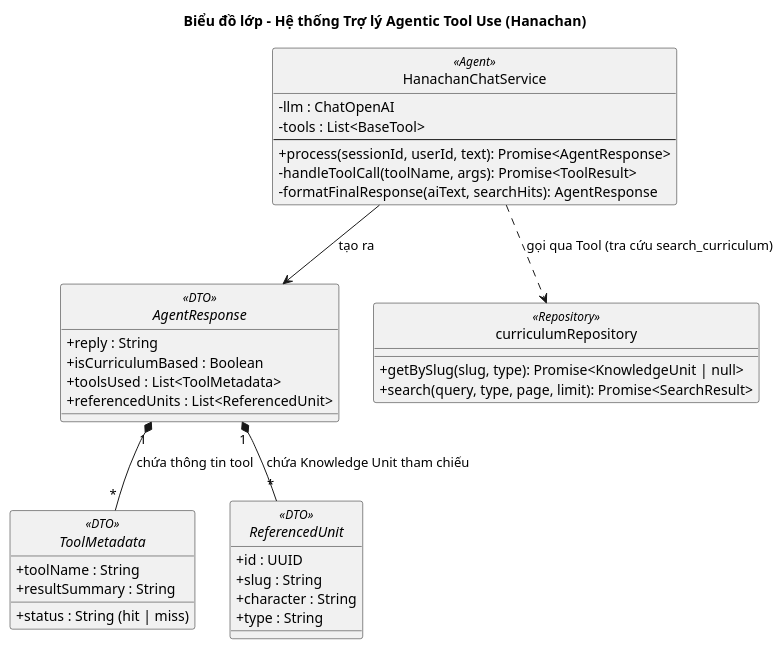
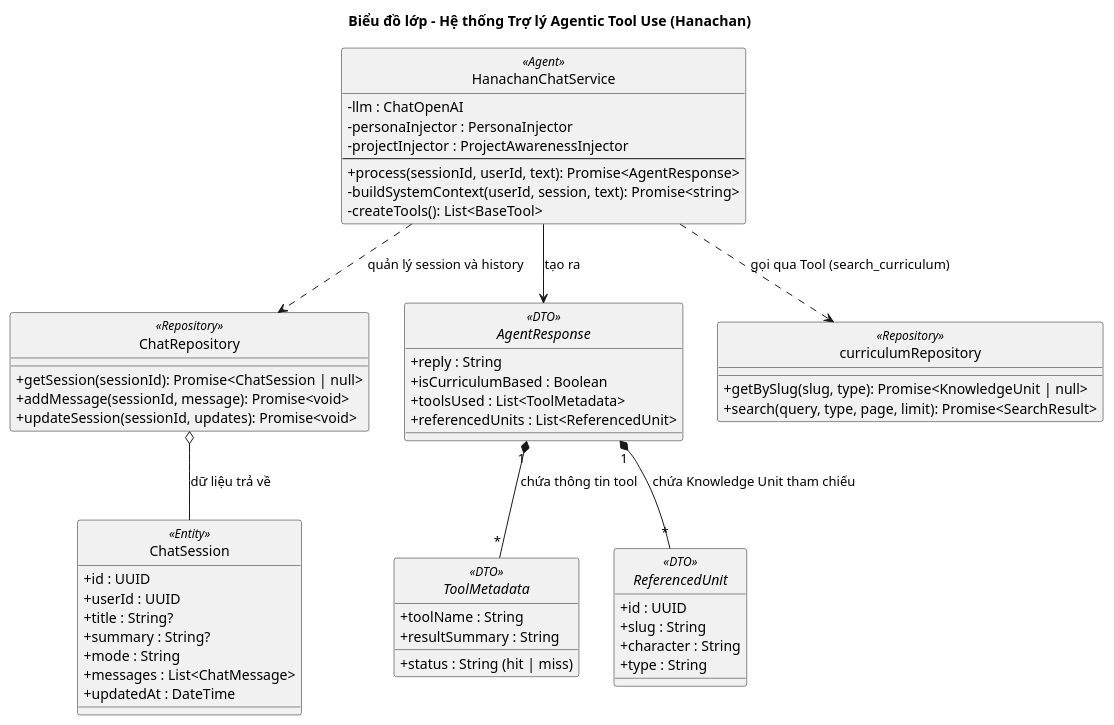
The diagram in docs/uncertain/class-diagram/chatbot.md (anhtranguyen-github/Hanachan), drawn with PlantUML before and after one commit. The commit also changed other lines of this file and 8 other files, not shown here.

First line of the commit message:
feat(chat): implement Smart Context Management (Super-Dev-Pro)

````diff
--- a/docs/uncertain/class-diagram/chatbot.md
+++ b/docs/uncertain/class-diagram/chatbot.md
@@ -5,47 +5,66 @@
 ```plantuml
 @startuml
 title Biểu đồ lớp - Hệ thống Trợ lý Agentic Tool Use (Hanachan)
 skinparam classAttributeIconSize 0
 skinparam shadowing false
 hide circle
 
 class HanachanChatService <<Agent>> {
   - llm : ChatOpenAI
-  - tools : List<BaseTool>
+  - personaInjector : PersonaInjector
+  - projectInjector : ProjectAwarenessInjector
   --
   + process(sessionId, userId, text): Promise<AgentResponse>
-  - handleToolCall(toolName, args): Promise<ToolResult>
-  - formatFinalResponse(aiText, searchHits): AgentResponse
+  - buildSystemContext(userId, session, text): Promise<string>
+  - createTools(): List<BaseTool>
+}
+
+class ChatSession <<Entity>> {
+  + id : UUID
+  + userId : UUID
+  + title : String?
+  + summary : String?
+  + mode : String
+  + messages : List<ChatMessage>
+  + updatedAt : DateTime
+}
+
+class ChatRepository <<Repository>> {
+  + getSession(sessionId): Promise<ChatSession | null>
+  + addMessage(sessionId, message): Promise<void>
+  + updateSession(sessionId, updates): Promise<void>
 }
 
 interface AgentResponse <<DTO>> {
   + reply : String
   + isCurriculumBased : Boolean
   + toolsUsed : List<ToolMetadata>
   + referencedUnits : List<ReferencedUnit>
 }
 
 interface ToolMetadata <<DTO>> {
   + toolName : String
   + status : String (hit | miss)
   + resultSummary : String
 }
 
 interface ReferencedUnit <<DTO>> {
   + id : UUID
   + slug : String
   + character : String
   + type : String
 }
 
 class curriculumRepository <<Repository>> {
   + getBySlug(slug, type): Promise<KnowledgeUnit | null>
   + search(query, type, page, limit): Promise<SearchResult>
 }
 
-HanachanChatService ..> curriculumRepository : gọi qua Tool (tra cứu search_curriculum)
+HanachanChatService ..> curriculumRepository : gọi qua Tool (search_curriculum)
+HanachanChatService ..> ChatRepository : quản lý session và history
 HanachanChatService --> AgentResponse : tạo ra
+ChatRepository o-- ChatSession : dữ liệu trả về
 AgentResponse "1" *-- "*" ToolMetadata : chứa thông tin tool
 AgentResponse "1" *-- "*" ReferencedUnit : chứa Knowledge Unit tham chiếu
 @enduml
 ```
````
